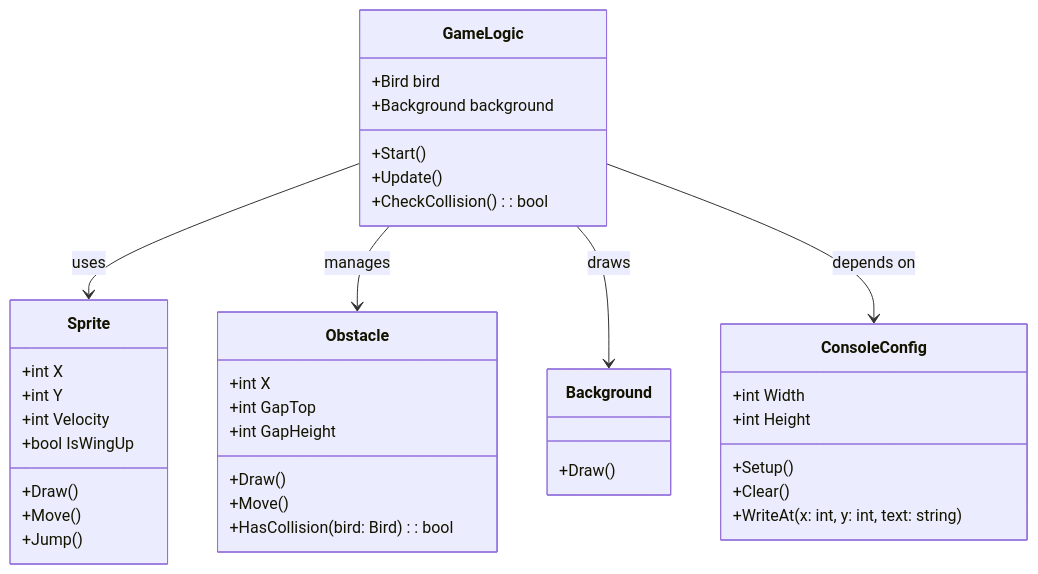
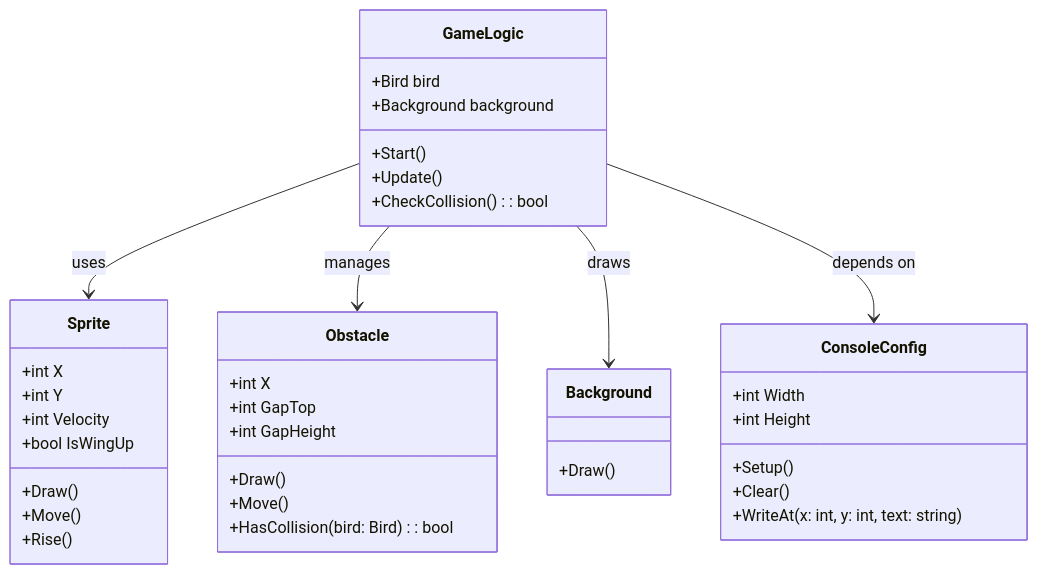
Before and after one commit to NexusWeave/MVP-FlappyBird-cs: the diagram in dokumentasjon/klasse-diagram.md, drawn with Mermaid.

Commit message:
Updated a method name from `Jump()` to `Rise()`, as it is a generialized word and explains that something is moving up.

````diff
--- a/dokumentasjon/klasse-diagram.md
+++ b/dokumentasjon/klasse-diagram.md
@@ -3,49 +3,49 @@
 ```mermaid
 classDiagram
 
 direction TB
 
     class Sprite {
 	    +int X
 	    +int Y
 	    +int Velocity
 	    +bool IsWingUp
 	    +Draw()
 	    +Move()
-	    +Jump()
+	    +Rise()
     }
 
     class Obstacle {
 	    +int X
 	    +int GapTop
 	    +int GapHeight
 	    +Draw()
 	    +Move()
 	    +HasCollision(bird: Bird) : bool
     }
 
     class Background {
 	    +Draw()
     }
 
     class GameLogic {
 	    +Bird bird
 	    +Background background
 	    +Start()
 	    +Update()
 	    +CheckCollision() : bool
     }
 
     class ConsoleConfig {
 	    +int Width
 	    +int Height
 	    +Setup()
 	    +Clear()
 	    +WriteAt(x: int, y: int, text: string)
     }
 
     GameLogic --> Sprite : uses
     GameLogic --> Obstacle : manages
     GameLogic --> Background : draws
     GameLogic --> ConsoleConfig : depends on
 ```
````
